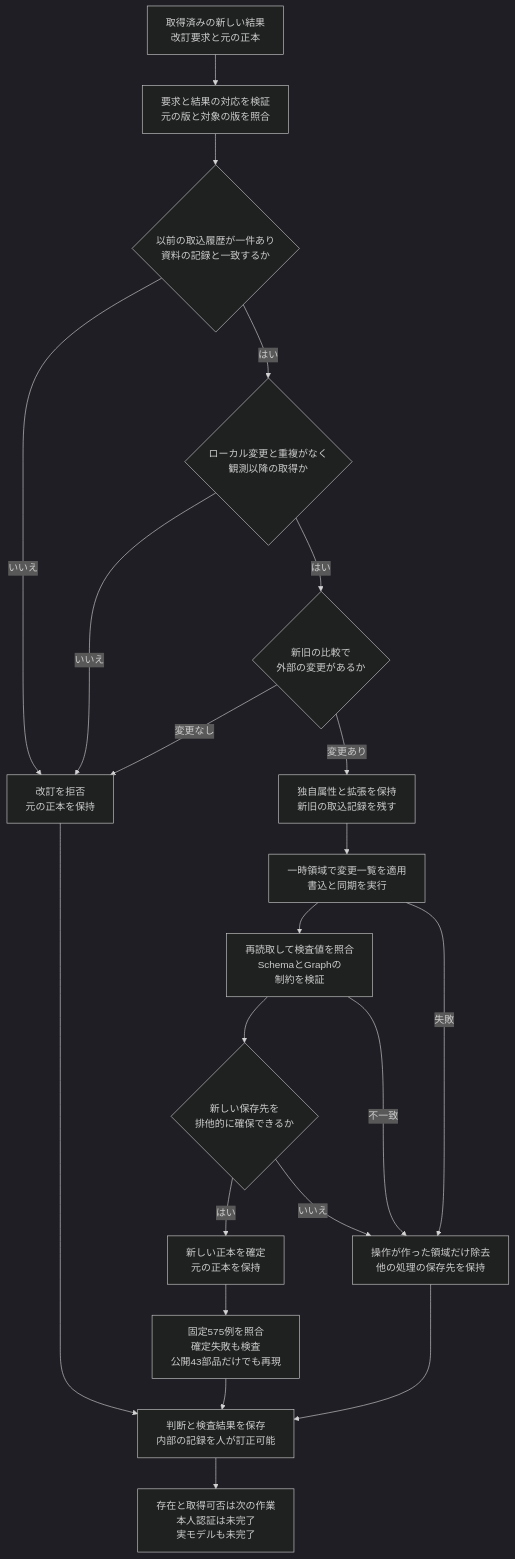
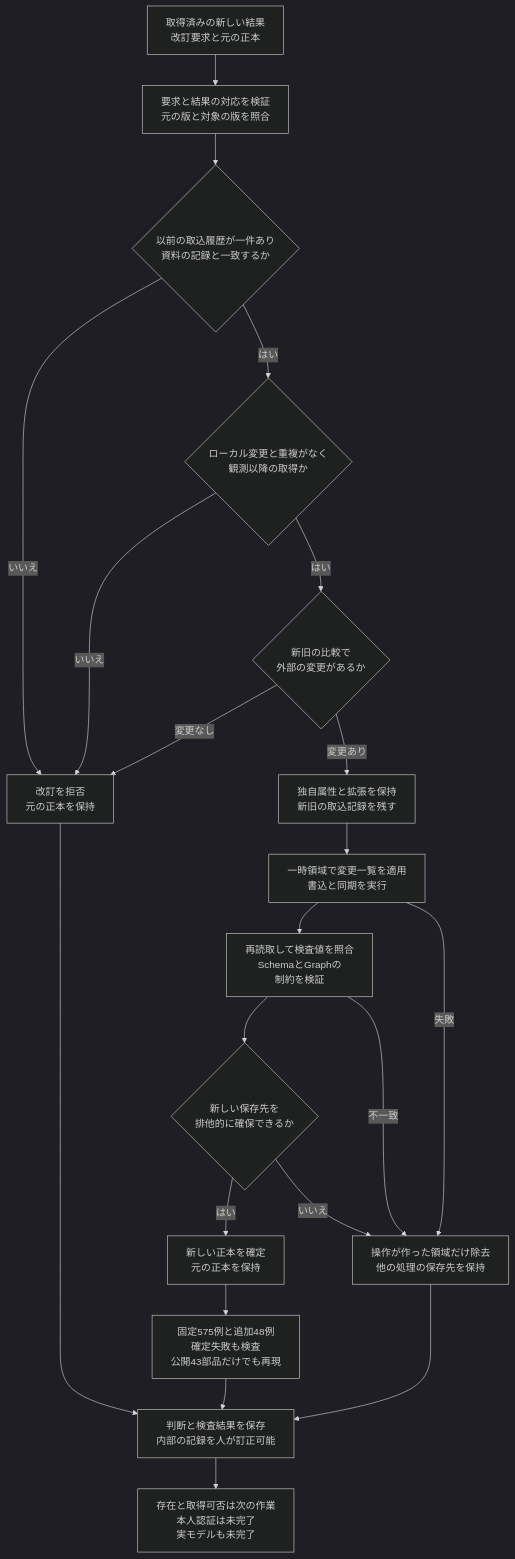
Before and after one commit to koukemo/morivyx: the diagram in docs/diagrams/python-import-snapshot-revision.mmd, drawn with Mermaid (dark theme). The commit also changed 5 other files, not shown here.

```diff
--- a/docs/diagrams/python-import-snapshot-revision.mmd
+++ b/docs/diagrams/python-import-snapshot-revision.mmd
@@ -1,21 +1,21 @@
 flowchart TD
   A[取得済みの新しい結果<br/>改訂要求と元の正本] --> B[要求と結果の対応を検証<br/>元の版と対象の版を照合]
   B --> C{以前の取込履歴が一件あり<br/>資料の記録と一致するか}
   C -->|いいえ| R[改訂を拒否<br/>元の正本を保持]
   C -->|はい| D{ローカル変更と重複がなく<br/>観測以降の取得か}
   D -->|いいえ| R
   D -->|はい| E{新旧の比較で<br/>外部の変更があるか}
   E -->|変更なし| R
   E -->|変更あり| F[独自属性と拡張を保持<br/>新旧の取込記録を残す]
   F --> G[一時領域で変更一覧を適用<br/>書込と同期を実行]
   G --> H[再読取して検査値を照合<br/>SchemaとGraphの<br/>制約を検証]
   H --> I{新しい保存先を<br/>排他的に確保できるか}
   I -->|はい| J[新しい正本を確定<br/>元の正本を保持]
   I -->|いいえ| K[操作が作った領域だけ除去<br/>他の処理の保存先を保持]
   G -->|失敗| K
   H -->|不一致| K
-  J --> L[固定575例を照合<br/>確定失敗も検査<br/>公開43部品だけでも再現]
+  J --> L[固定575例と追加48例<br/>確定失敗も検査<br/>公開43部品だけでも再現]
   R --> M[判断と検査結果を保存<br/>内部の記録を人が訂正可能]
   K --> M
   L --> M
   M --> N[存在と取得可否は次の作業<br/>本人認証は未完了<br/>実モデルも未完了]
```
